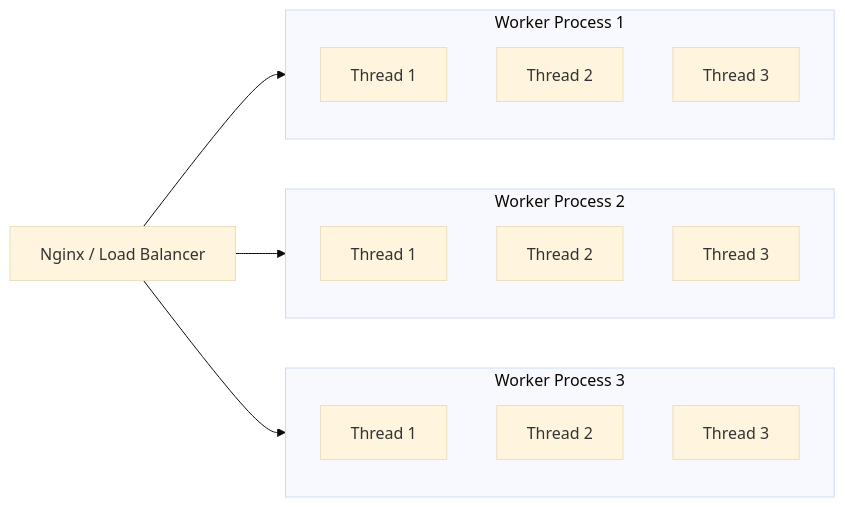
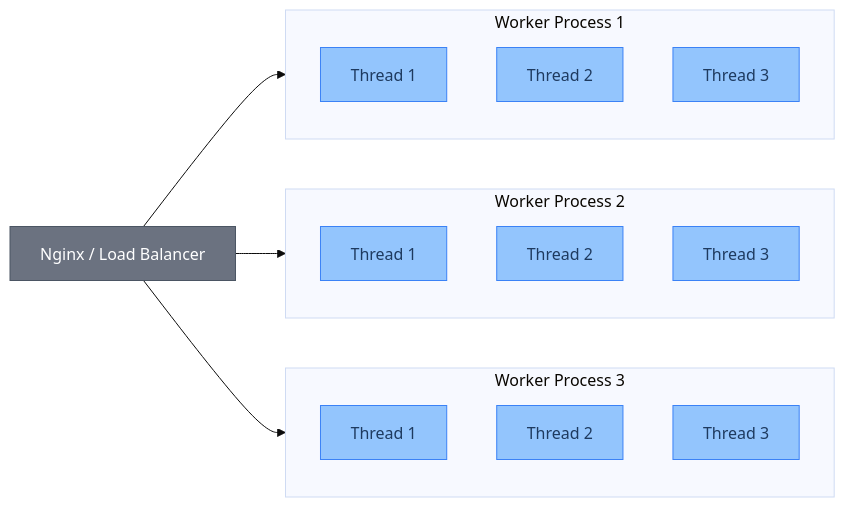
Before and after one commit to hswolf/hswolf.github.io: the third of 5 diagrams in src/content/blog/rails-concurrency-p2.md, drawn with Mermaid (base theme). The commit also changed other lines of this file, not shown here.

Commit message:
style: Add colors for diagrams for blogs/rails-concurrency-2

````diff
--- a/src/content/blog/rails-concurrency-p2.md
+++ b/src/content/blog/rails-concurrency-p2.md
@@ -106,24 +129,35 @@
 ```mermaid
 flowchart LR
     LB[Nginx / Load Balancer] --> W1
     LB --> W2
     LB --> W3
 
     subgraph W1[Worker Process 1]
         T1A[Thread 1]
         T1B[Thread 2]
         T1C[Thread 3]
     end
 
     subgraph W2[Worker Process 2]
         T2A[Thread 1]
         T2B[Thread 2]
         T2C[Thread 3]
     end
 
     subgraph W3[Worker Process 3]
         T3A[Thread 1]
         T3B[Thread 2]
         T3C[Thread 3]
     end
+
+    style LB fill:#6b7280,stroke:#4b5563,color:#fff
+    style T1A fill:#93c5fd,stroke:#3b82f6,color:#1e3a5f
+    style T1B fill:#93c5fd,stroke:#3b82f6,color:#1e3a5f
+    style T1C fill:#93c5fd,stroke:#3b82f6,color:#1e3a5f
+    style T2A fill:#93c5fd,stroke:#3b82f6,color:#1e3a5f
+    style T2B fill:#93c5fd,stroke:#3b82f6,color:#1e3a5f
+    style T2C fill:#93c5fd,stroke:#3b82f6,color:#1e3a5f
+    style T3A fill:#93c5fd,stroke:#3b82f6,color:#1e3a5f
+    style T3B fill:#93c5fd,stroke:#3b82f6,color:#1e3a5f
+    style T3C fill:#93c5fd,stroke:#3b82f6,color:#1e3a5f
 ```
````
